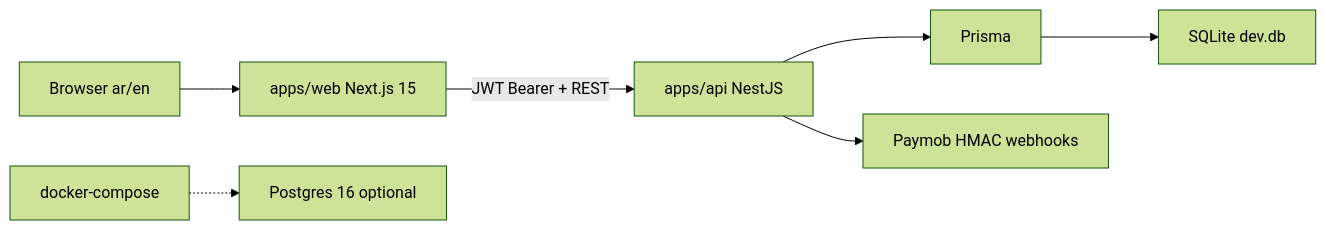
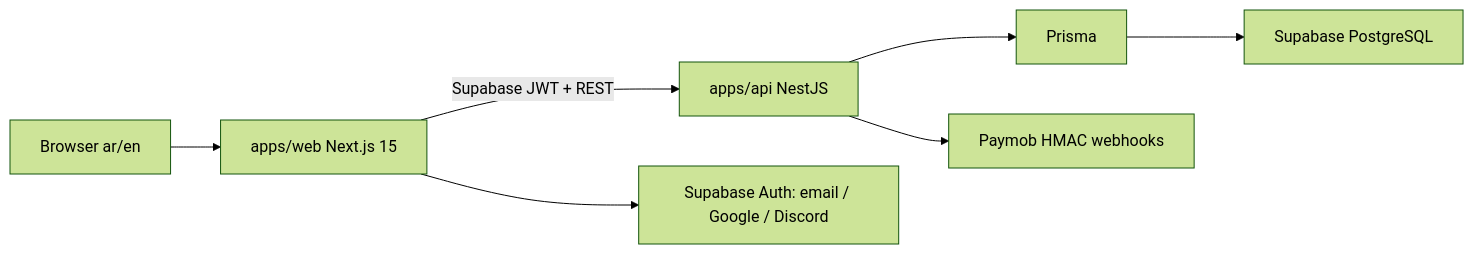
Before and after one commit to MohammedDev69/GamersMatrix: the diagram in docs/IMPLEMENTATION_PLAN.md, drawn with Mermaid (forest theme). The commit also changed other lines of this file and 136 other files, not shown here.

````diff
--- a/docs/IMPLEMENTATION_PLAN.md
+++ b/docs/IMPLEMENTATION_PLAN.md
@@ -22,9 +22,9 @@
 ```mermaid
 flowchart LR
   Browser["Browser ar/en"] --> Web["apps/web Next.js 15"]
-  Web -->|"JWT Bearer + REST"| Api["apps/api NestJS"]
+  Web -->|"Supabase JWT + REST"| Api["apps/api NestJS"]
+  Web --> Auth["Supabase Auth: email / Google / Discord"]
   Api --> Prisma["Prisma"]
-  Prisma --> Db["SQLite dev.db"]
+  Prisma --> Db["Supabase PostgreSQL"]
   Api --> Paymob["Paymob HMAC webhooks"]
-  Docker["docker-compose"] -.-> Pg["Postgres 16 optional"]
 ```
````
